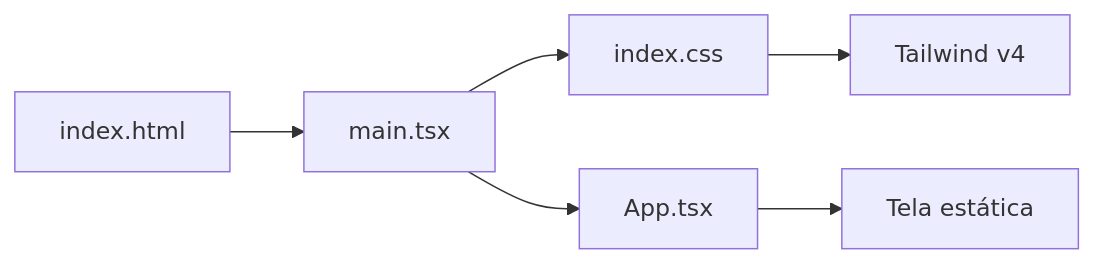
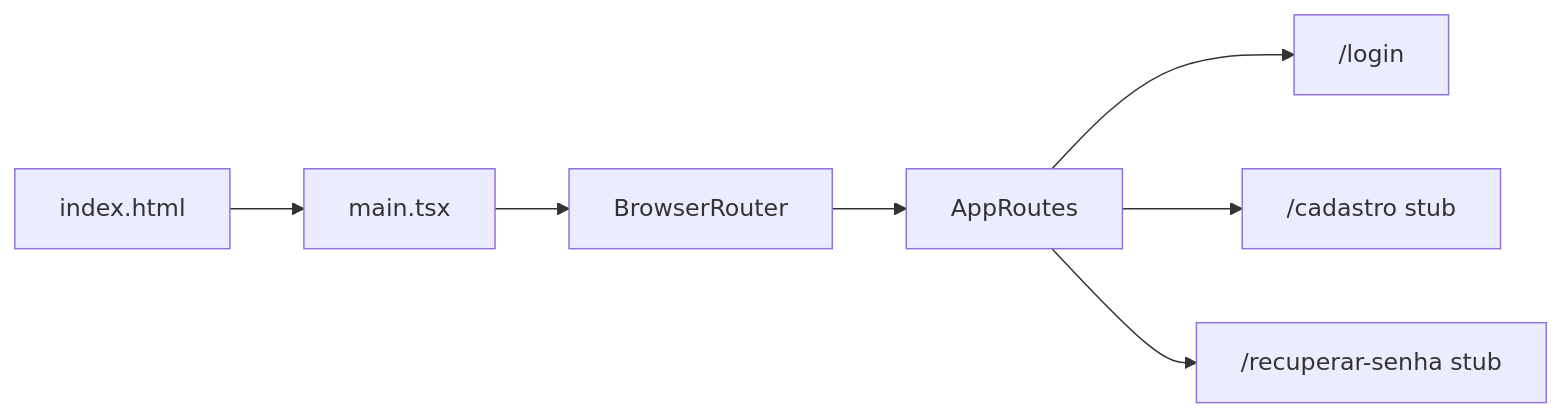
One commit to thesignsSS/rafael-bot-app changed the diagram in docs/ESTADO-ATUAL.md. Above: the diagram before and after it, drawn with Mermaid. The commit also changed other lines of this file and 22 other files, not shown here.

````diff
--- a/docs/ESTADO-ATUAL.md
+++ b/docs/ESTADO-ATUAL.md
@@ -64,8 +65,9 @@
 ```mermaid
 flowchart LR
   indexHtml[index.html] --> mainTsx[main.tsx]
-  mainTsx --> indexCss[index.css]
-  indexCss --> tailwind[Tailwind v4]
-  mainTsx --> App[App.tsx]
-  App --> ui[Tela estática]
+  mainTsx --> router[BrowserRouter]
+  router --> routes[AppRoutes]
+  routes --> login["/login"]
+  routes --> cadastro["/cadastro stub"]
+  routes --> recuperar["/recuperar-senha stub"]
 ```
````
